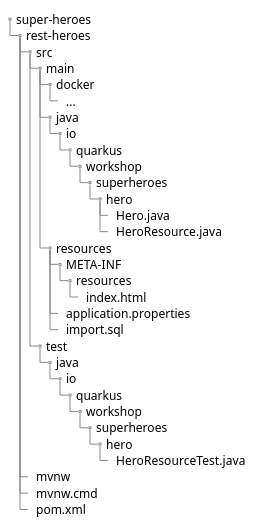
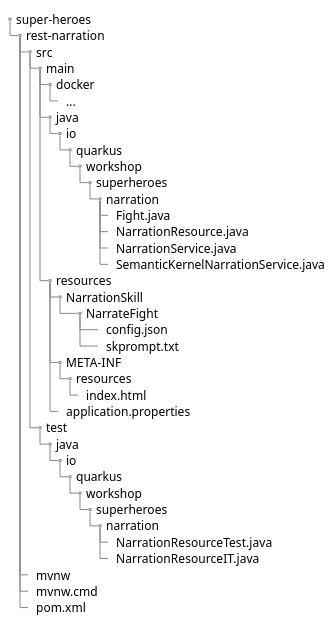
One commit to quarkusio/quarkus-workshops changed the second of 3 diagrams in quarkus-workshop-super-heroes/docs/src/docs/asciidoc/5b-ai/ai.adoc. Above: the diagram before and after it, drawn with PlantUML. The commit also changed other lines of this file and 14 other files, not shown here.

```diff
--- a/quarkus-workshop-super-heroes/docs/src/docs/asciidoc/5b-ai/ai.adoc
+++ b/quarkus-workshop-super-heroes/docs/src/docs/asciidoc/5b-ai/ai.adoc
@@ -82,41 +84,47 @@
 [plantuml]
 ----
 @startsalt
 {
 {
 T
 super-heroes
-+  rest-heroes
++  rest-narration
 ++  src
 +++  main
 ++++  docker
 +++++  ...
 ++++  java
 +++++  io
 ++++++  quarkus
 +++++++  workshop
 ++++++++  superheroes
-+++++++++  hero
-++++++++++  Hero.java
-++++++++++  HeroResource.java
++++++++++  narration
+++++++++++  Fight.java
+++++++++++  NarrationResource.java
+++++++++++  NarrationService.java
+++++++++++  SemanticKernelNarrationService.java
 ++++  resources
++++++  NarrationSkill
++++++++  NarrateFight
++++++++++  config.json
++++++++++  skprompt.txt
 +++++  META-INF
 ++++++  resources
 +++++++  index.html
 +++++  application.properties
-+++++  import.sql
 +++  test
 ++++  java
 +++++  io
 ++++++  quarkus
 +++++++  workshop
 ++++++++  superheroes
-+++++++++  hero
-++++++++++  HeroResourceTest.java
++++++++++  narration
+++++++++++  NarrationResourceTest.java
+++++++++++  NarrationResourceIT.java
 ++  mvnw
 ++  mvnw.cmd
 ++  pom.xml
 }
 }
 @endsalt
 ----
```
